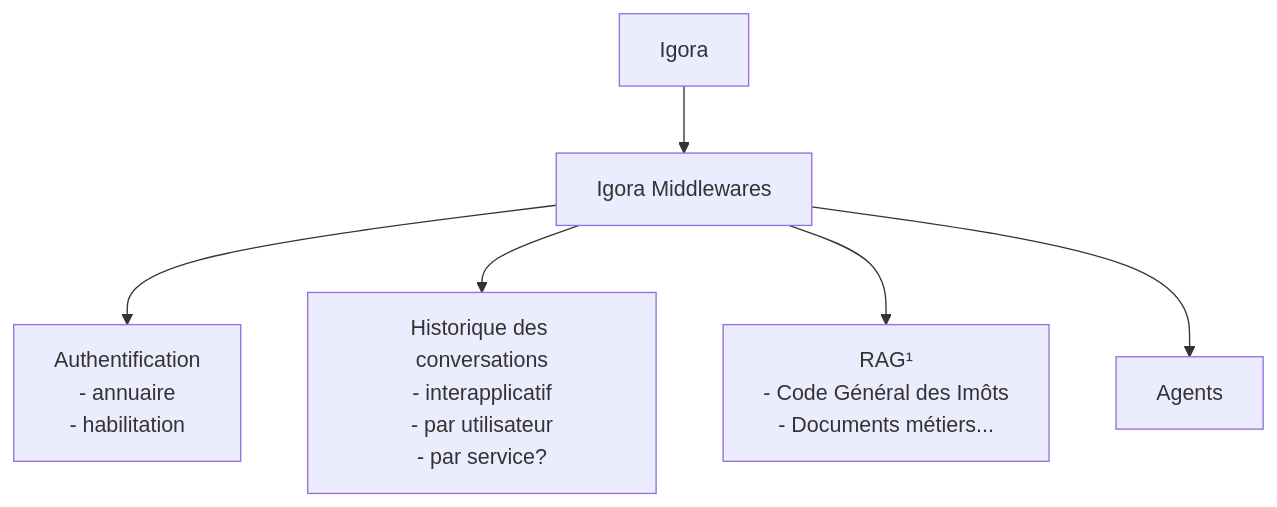
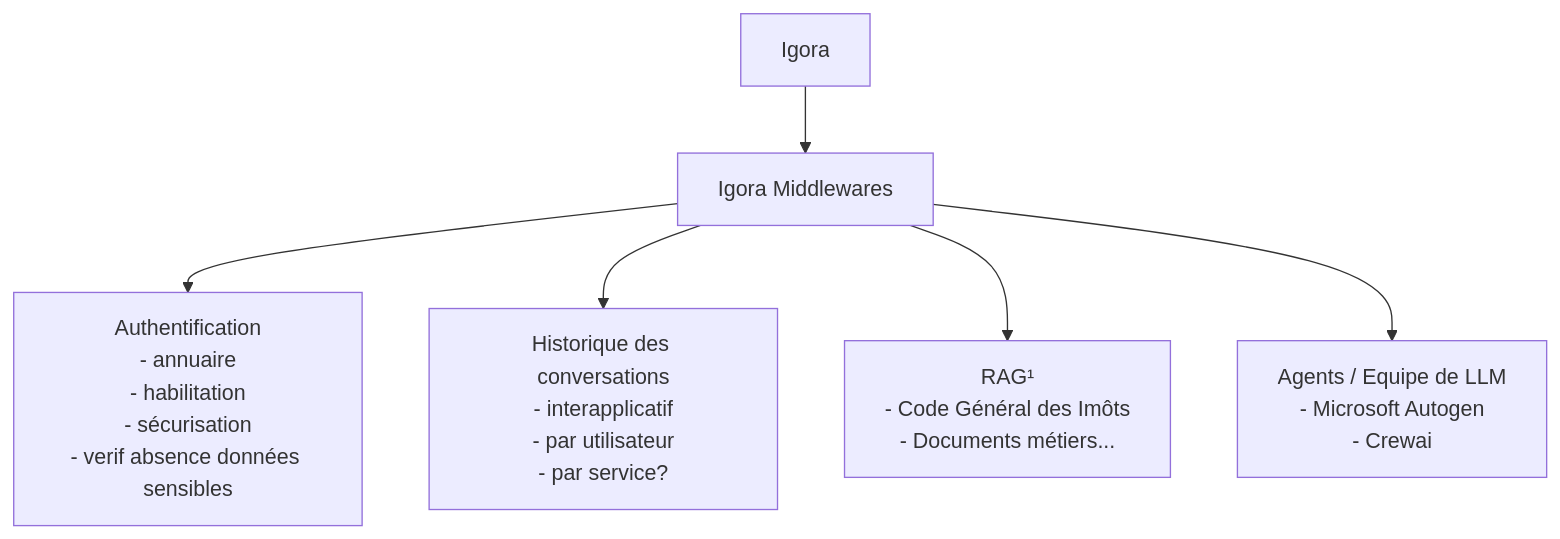
Before and after one commit to scenaristeur/igora: the second of 2 diagrams in architecture.md, drawn with Mermaid. The commit also changed other lines of this file and 1 other file, not shown here.

````diff
--- a/architecture.md
+++ b/architecture.md
@@ -24,12 +28,10 @@
 ```mermaid
 graph TD;
 Igora --> Middlewares
-Middlewares[Igora Middlewares] --> Authentification[Authentification\n- annuaire\n- habilitation]
+Middlewares[Igora Middlewares] --> Authentification[Authentification\n- annuaire\n- habilitation\n- sécurisation\n- verif absence données sensibles]
 Middlewares --> Historique[Historique des conversations\n- interapplicatif\n- par utilisateur\n- par service?]
 Middlewares --> RAG[RAG¹\n- Code Général des Imôts\n- Documents métiers...]
-Middlewares --> Agents[Agents]
-
-
+Middlewares --> Agents[Agents / Equipe de LLM\n- Microsoft Autogen\n- Crewai]
 
 
 ```
````
